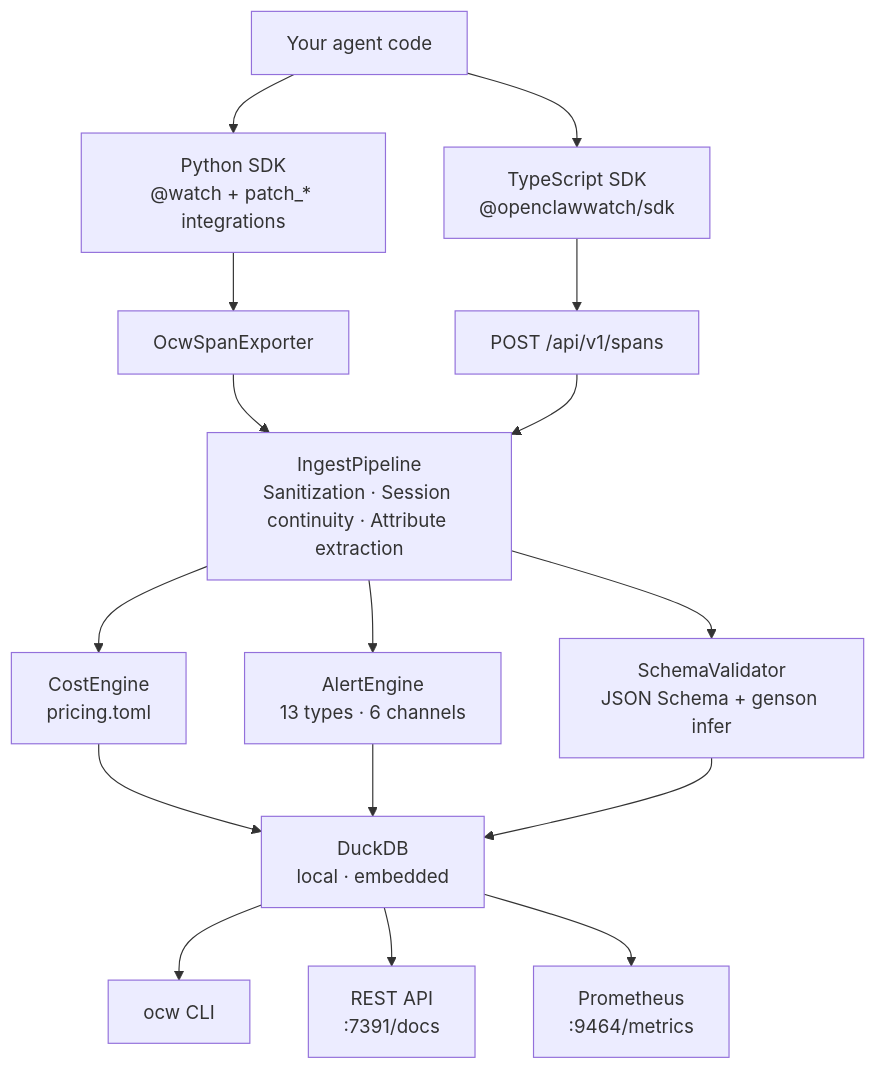
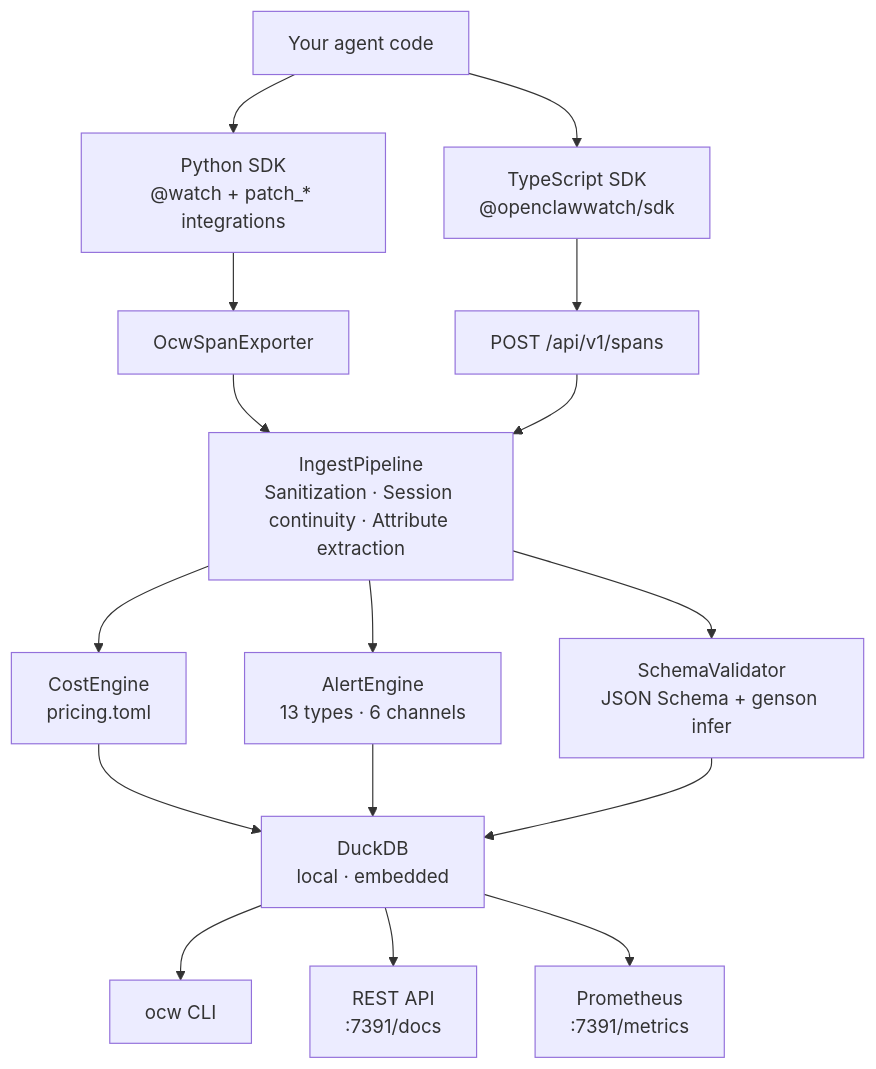
Before and after one commit to Metabuilder-Labs/openclawwatch: the diagram in README.md, drawn with Mermaid. The commit also changed other lines of this file and 10 other files, not shown here.

````diff
--- a/README.md
+++ b/README.md
@@ -232,27 +241,27 @@
 ```mermaid
 flowchart TD
     Agent["Your agent code"]
 
     Agent --> PythonSDK["Python SDK\n@watch + patch_* integrations"]
     Agent --> TypeScriptSDK["TypeScript SDK\n@openclawwatch/sdk"]
 
     PythonSDK --> Exporter["OcwSpanExporter"]
     TypeScriptSDK --> HTTP["POST /api/v1/spans"]
 
     Exporter --> Ingest
     HTTP --> Ingest
 
     Ingest["IngestPipeline\nSanitization · Session continuity · Attribute extraction"]
 
     Ingest --> Cost["CostEngine\npricing.toml"]
     Ingest --> Alerts["AlertEngine\n13 types · 6 channels"]
     Ingest --> Schema["SchemaValidator\nJSON Schema + genson infer"]
 
     Cost --> DB["DuckDB\nlocal · embedded"]
     Alerts --> DB
     Schema --> DB
 
     DB --> CLI["ocw CLI"]
     DB --> API["REST API\n:7391/docs"]
-    DB --> Prom["Prometheus\n:9464/metrics"]
+    DB --> Prom["Prometheus\n:7391/metrics"]
 ```
````
